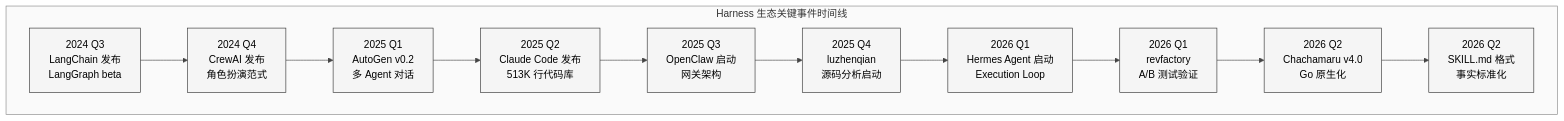
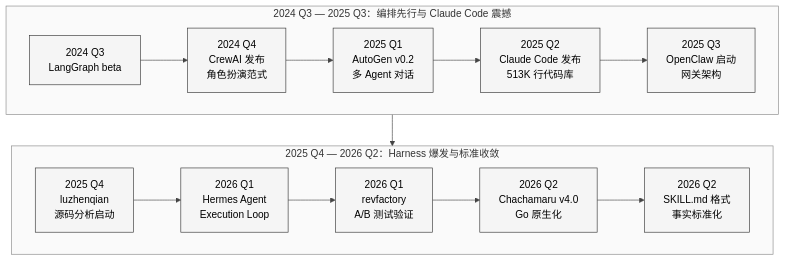
One commit to xiaonancs/hermes-agent-study changed the fourth of 4 diagrams in Part III 同源项目对比分析/29-全网Harness实现全景.md. Above: the diagram before and after it, drawn with Mermaid. The commit also changed other lines of this file and 32 other files, not shown here.

First line of the commit message:
Mermaid 图表修复：白色背景板 + 长宽比优化

````diff
--- a/Part III 同源项目对比分析/29-全网Harness实现全景.md
+++ b/Part III 同源项目对比分析/29-全网Harness实现全景.md
@@ -523,19 +527,25 @@
 ```mermaid
 %%{init: {'theme': 'neutral', 'themeVariables': {'background': '#ffffff', 'primaryColor': '#f5f5f5', 'primaryTextColor': '#000000', 'primaryBorderColor': '#333333', 'lineColor': '#444444', 'textColor': '#000000', 'mainBkg': '#f5f5f5', 'nodeBorder': '#333333', 'clusterBkg': '#fafafa', 'clusterBorder': '#888888', 'edgeLabelBackground': '#ffffff'}}}%%
 graph TD
-    subgraph timeline["Harness 生态关键事件时间线"]
+    subgraph period1["2024 Q3 — 2025 Q3：编排先行与 Claude Code 震撼"]
         direction LR
-        T1["2024 Q3<br/>LangChain 发布<br/>LangGraph beta"]
+        T1["2024 Q3<br/>LangGraph beta"]
         T2["2024 Q4<br/>CrewAI 发布<br/>角色扮演范式"]
         T3["2025 Q1<br/>AutoGen v0.2<br/>多 Agent 对话"]
         T4["2025 Q2<br/>Claude Code 发布<br/>513K 行代码库"]
         T5["2025 Q3<br/>OpenClaw 启动<br/>网关架构"]
+        T1 --> T2 --> T3 --> T4 --> T5
+    end
+
+    subgraph period2["2025 Q4 — 2026 Q2：Harness 爆发与标准收敛"]
+        direction LR
         T6["2025 Q4<br/>luzhenqian<br/>源码分析启动"]
-        T7["2026 Q1<br/>Hermes Agent 启动<br/>Execution Loop"]
+        T7["2026 Q1<br/>Hermes Agent<br/>Execution Loop"]
         T8["2026 Q1<br/>revfactory<br/>A/B 测试验证"]
         T9["2026 Q2<br/>Chachamaru v4.0<br/>Go 原生化"]
         T10["2026 Q2<br/>SKILL.md 格式<br/>事实标准化"]
+        T6 --> T7 --> T8 --> T9 --> T10
     end
 
-    T1 --> T2 --> T3 --> T4 --> T5 --> T6 --> T7 --> T8 --> T9 --> T10
+    T5 --> T6
 ```
````
